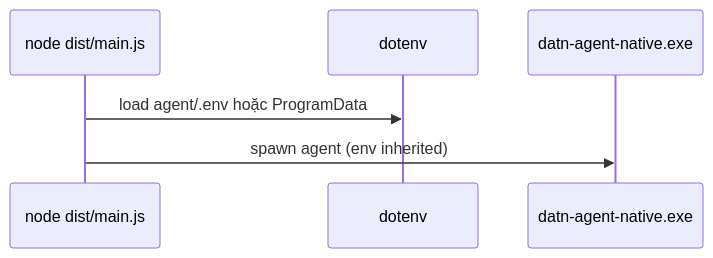
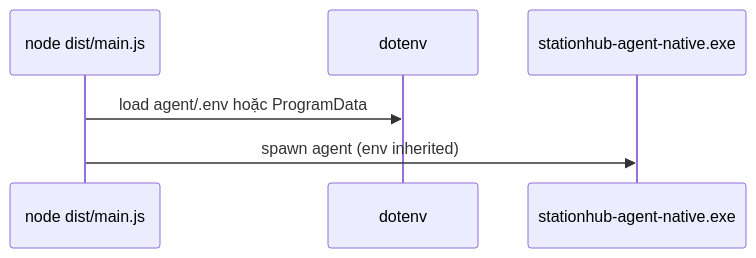
The third of 3 diagrams in agent/docs/flows.md (Daviseraaa/tdoan_remote_datn), drawn with Mermaid before and after one commit. The commit also changed other lines of this file and 376 other files, not shown here.

````diff
--- a/agent/docs/flows.md
+++ b/agent/docs/flows.md
@@ -58,9 +58,9 @@
 ```mermaid
 sequenceDiagram
   participant N as node dist/main.js
   participant Dot as dotenv
-  participant X as datn-agent-native.exe
+  participant X as stationhub-agent-native.exe
 
   N->>Dot: load agent/.env hoặc ProgramData
   N->>X: spawn agent (env inherited)
 ```
````
